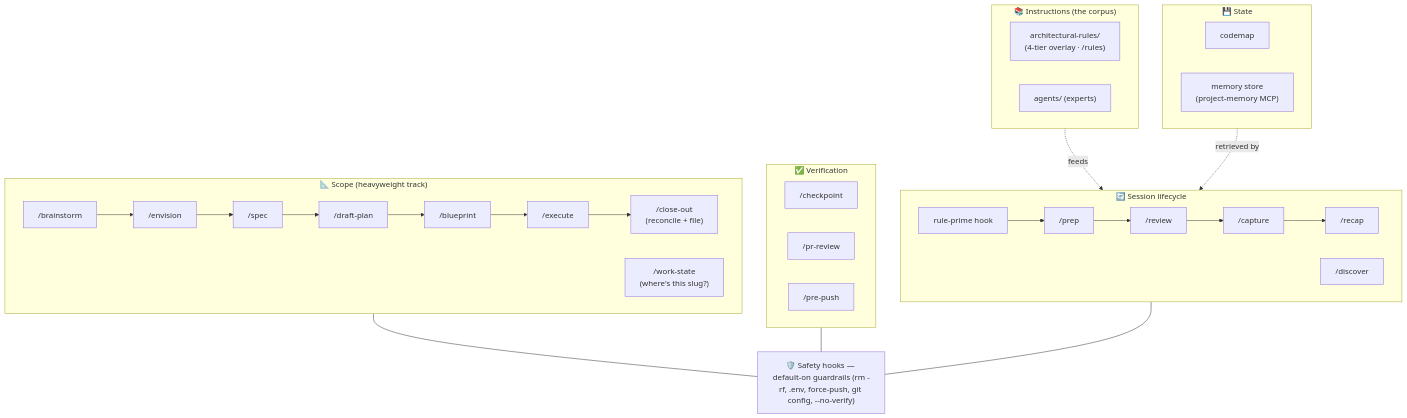
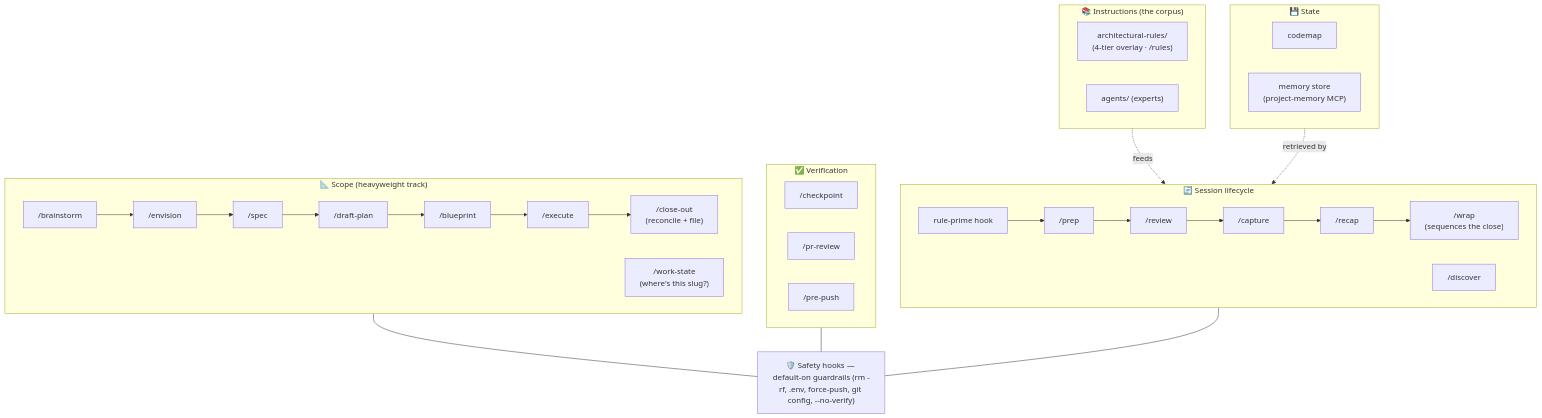
The second of 3 diagrams in README.md (AcKeskin/contexture), drawn with Mermaid before and after one commit. The commit also changed other lines of this file and 33 other files, not shown here.

````diff
--- a/README.md
+++ b/README.md
@@ -105,33 +105,33 @@
 ```mermaid
 flowchart TB
     subgraph SL["🔄 Session lifecycle"]
       direction LR
-      primehook["rule-prime hook"] --> prep["/prep"] --> review["/review"] --> capture["/capture"] --> recap["/recap"]
+      primehook["rule-prime hook"] --> prep["/prep"] --> review["/review"] --> capture["/capture"] --> recap["/recap"] --> wrap["/wrap<br/>(sequences the close)"]
       discover["/discover"]
     end
     subgraph SC["📐 Scope (heavyweight track)"]
       direction LR
       brainstorm["/brainstorm"] --> envision["/envision"] --> spec["/spec"] --> plan["/draft-plan"] --> blueprint["/blueprint"] --> exec["/execute"] --> closeout["/close-out<br/>(reconcile + file)"]
       workstate["/work-state<br/>(where's this slug?)"]
     end
     subgraph VER["✅ Verification"]
       direction LR
       checkpoint["/checkpoint"]
       prr["/pr-review"]
       pp["/pre-push"]
     end
     subgraph INST["📚 Instructions (the corpus)"]
       rules["architectural-rules/<br/>(4-tier overlay · /rules)"]
       agents["agents/ (experts)"]
     end
     subgraph STATE["💾 State"]
       codemap["codemap"]
       mem["memory store<br/>(project-memory MCP)"]
     end
     HOOKS["🛡️ Safety hooks — default-on guardrails (rm -rf, .env, force-push, git config, --no-verify)"]
     INST -.feeds.-> SL
     STATE -.retrieved by.-> discover
     SL --- HOOKS
     SC --- HOOKS
     VER --- HOOKS
 ```
````
